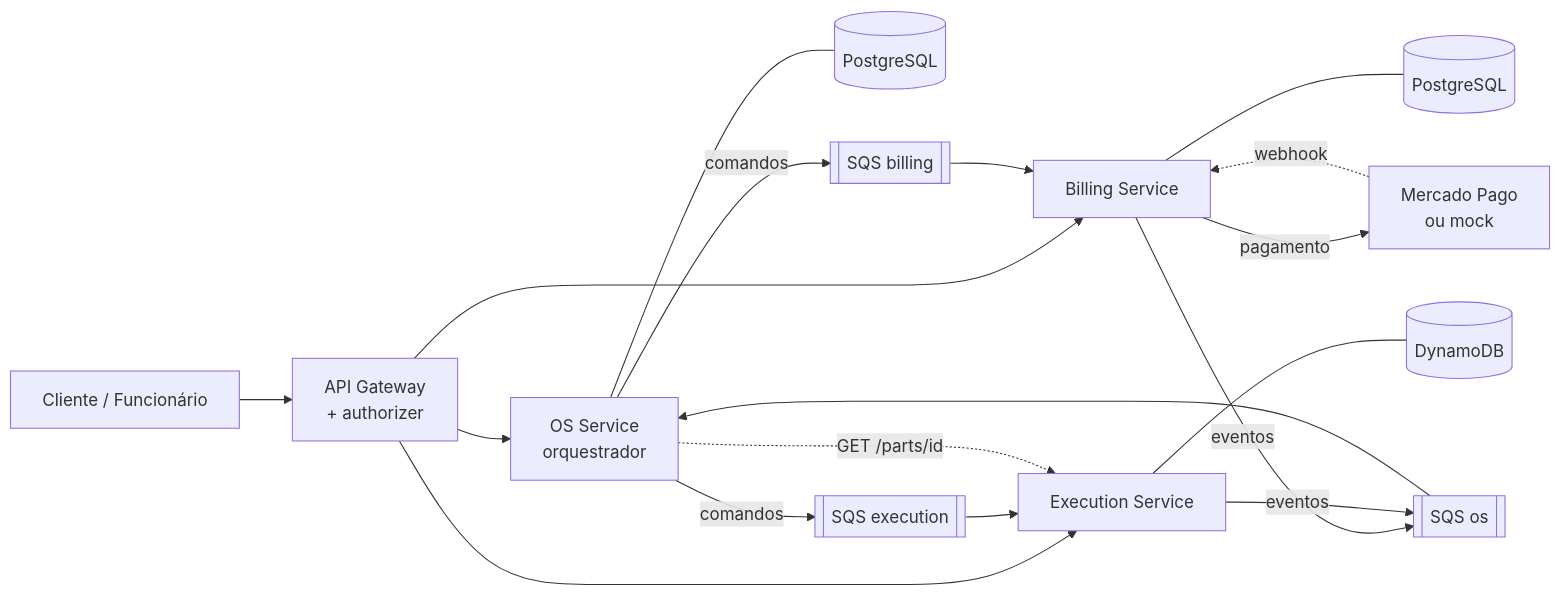
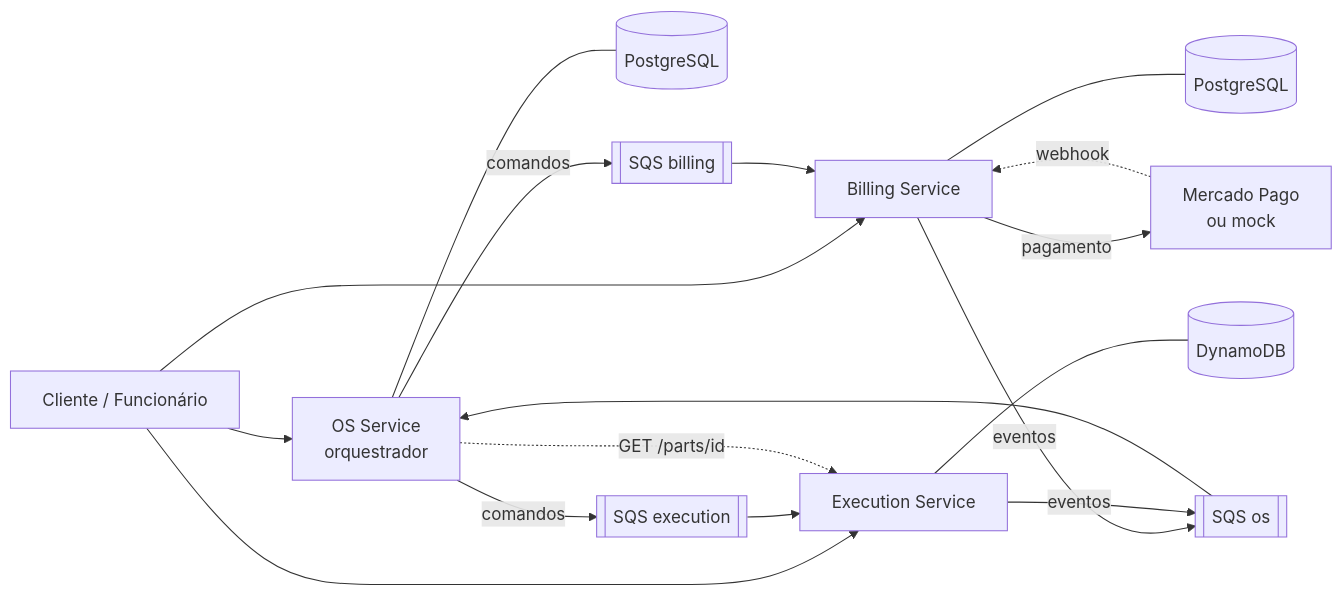
The diagram in docs/rfc/RFC-005-microsservicos.md (Jackeline2020/app-autoshop), drawn with Mermaid before and after one commit. The commit also changed other lines of this file and 16 other files, not shown here.

````diff
--- a/docs/rfc/RFC-005-microsservicos.md
+++ b/docs/rfc/RFC-005-microsservicos.md
@@ -61,23 +61,22 @@
 ```mermaid
 flowchart LR
-    U[Cliente / Funcionário] --> GW[API Gateway<br/>+ authorizer]
-    GW --> OS[OS Service<br/>orquestrador]
-    GW --> BI[Billing Service]
-    GW --> EX[Execution Service]
+    U[Cliente / Funcionário] --> OS[OS Service<br/>orquestrador]
+    U --> BI[Billing Service]
+    U --> EX[Execution Service]
 
     OS --- OSDB[(PostgreSQL)]
     BI --- BIDB[(PostgreSQL)]
     EX --- EXDB[(DynamoDB)]
 
     OS -- comandos --> QB[[SQS billing]]
     OS -- comandos --> QE[[SQS execution]]
     QB --> BI
     QE --> EX
     BI -- eventos --> QO[[SQS os]]
     EX -- eventos --> QO
     QO --> OS
 
     OS -. GET /parts/id .-> EX
     BI -- pagamento --> MP[Mercado Pago<br/>ou mock]
     MP -. webhook .-> BI
 ```
````
